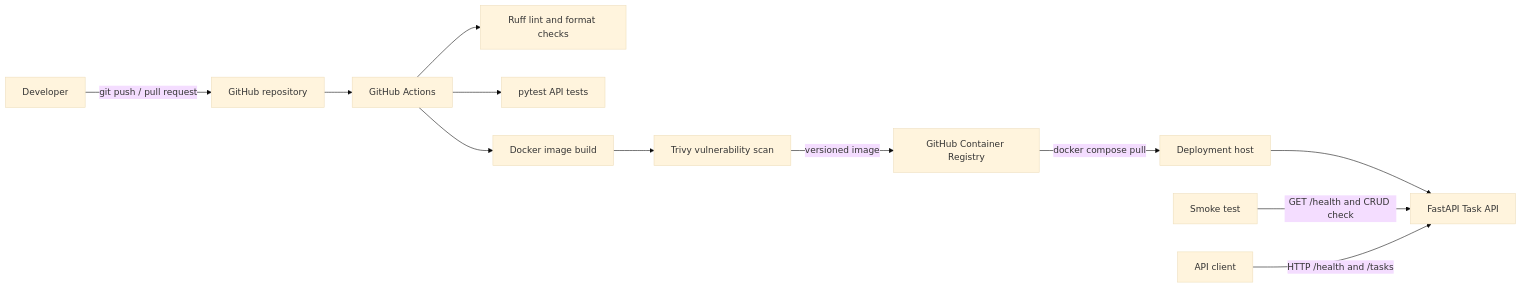
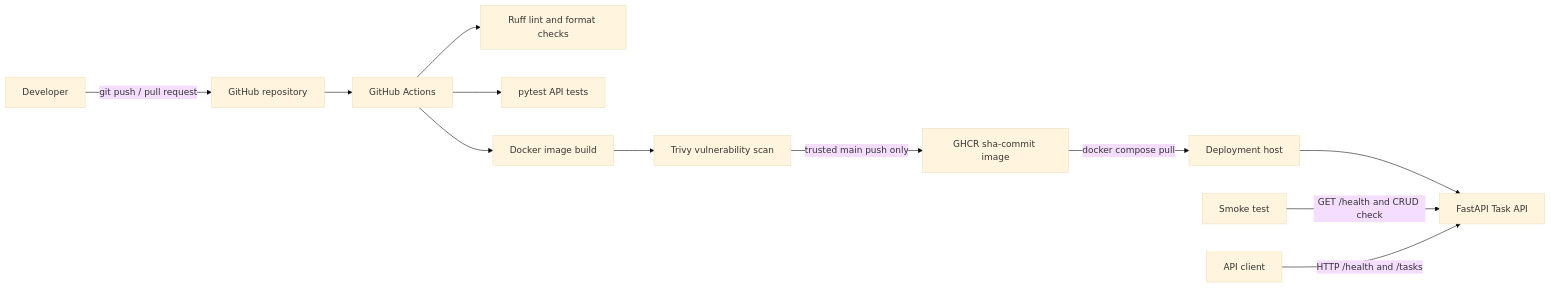
The first of 2 diagrams in docs/architecture.md (mbeddi5232-oss/deployflow-cicd), drawn with Mermaid (base theme) before and after one commit. The commit also changed other lines of this file and 8 other files, not shown here.

Commit message:
feat: implement versioned GHCR deployment

````diff
--- a/docs/architecture.md
+++ b/docs/architecture.md
@@ -7,14 +7,14 @@
 ```mermaid
 flowchart LR
     Developer[Developer] -->|git push / pull request| GitHub[GitHub repository]
     GitHub --> Actions[GitHub Actions]
     Actions --> Lint[Ruff lint and format checks]
     Actions --> Tests[pytest API tests]
     Actions --> Build[Docker image build]
     Build --> Scan[Trivy vulnerability scan]
-    Scan -->|versioned image| GHCR[GitHub Container Registry]
+    Scan -->|trusted main push only| GHCR[GHCR sha-commit image]
     GHCR -->|docker compose pull| Host[Deployment host]
     Host --> API[FastAPI Task API]
     Smoke[Smoke test] -->|GET /health and CRUD check| API
     User[API client] -->|HTTP /health and /tasks| API
 ```
````
